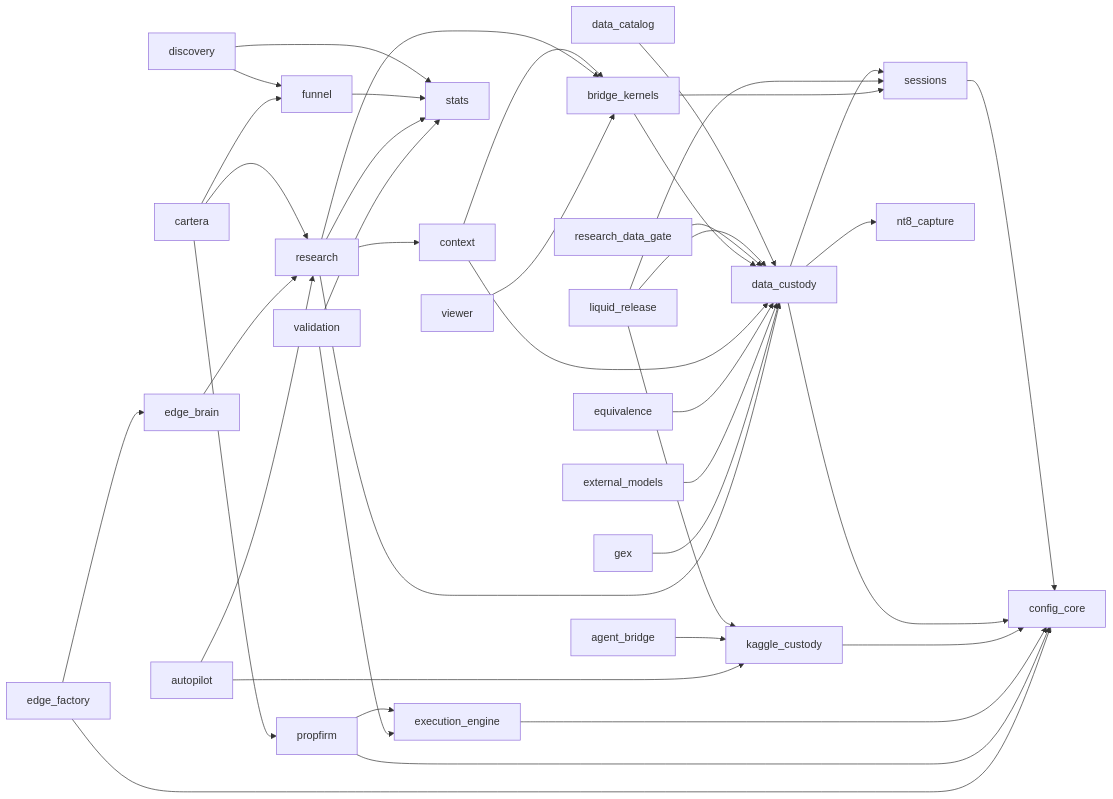
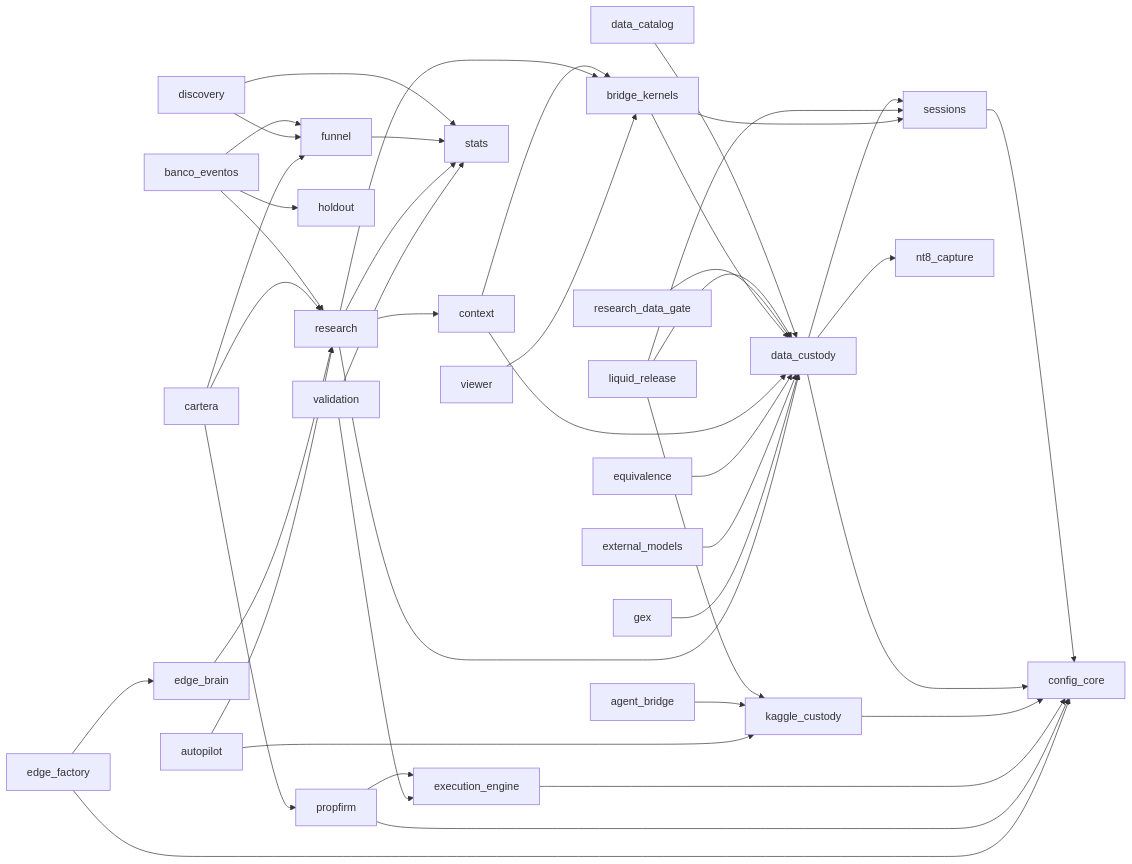
One commit to Nicodelcampo/EdgeLab changed the diagram in docs/MODULES.md. Above: the diagram before and after it, drawn with Mermaid. The commit also changed other lines of this file and 17 other files, not shown here.

````diff
--- a/docs/MODULES.md
+++ b/docs/MODULES.md
@@ -54,42 +55,45 @@
 ```mermaid
 graph LR
   sessions --> config_core
   data_catalog --> data_custody
   data_custody --> config_core
   data_custody --> sessions
   data_custody --> nt8_capture
   kaggle_custody --> config_core
   liquid_release --> data_custody
   liquid_release --> sessions
   liquid_release --> kaggle_custody
   research_data_gate --> data_custody
   bridge_kernels --> data_custody
   bridge_kernels --> sessions
+  banco_eventos --> research
+  banco_eventos --> funnel
+  banco_eventos --> holdout
   context --> bridge_kernels
   context --> data_custody
   discovery --> stats
   discovery --> funnel
   equivalence --> data_custody
   external_models --> data_custody
   funnel --> stats
   gex --> data_custody
   research --> data_custody
   research --> bridge_kernels
   research --> stats
   research --> context
   cartera --> research
   cartera --> funnel
   cartera --> propfirm
   execution_engine --> config_core
   propfirm --> config_core
   propfirm --> execution_engine
   validation --> execution_engine
   validation --> stats
   edge_brain --> research
   edge_factory --> edge_brain
   edge_factory --> config_core
   agent_bridge --> kaggle_custody
   autopilot --> kaggle_custody
   autopilot --> research
   viewer --> bridge_kernels
 ```
````
